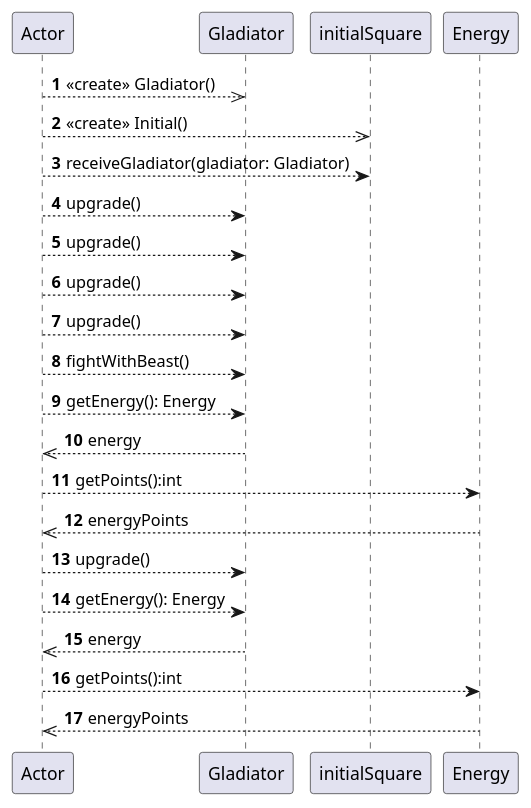
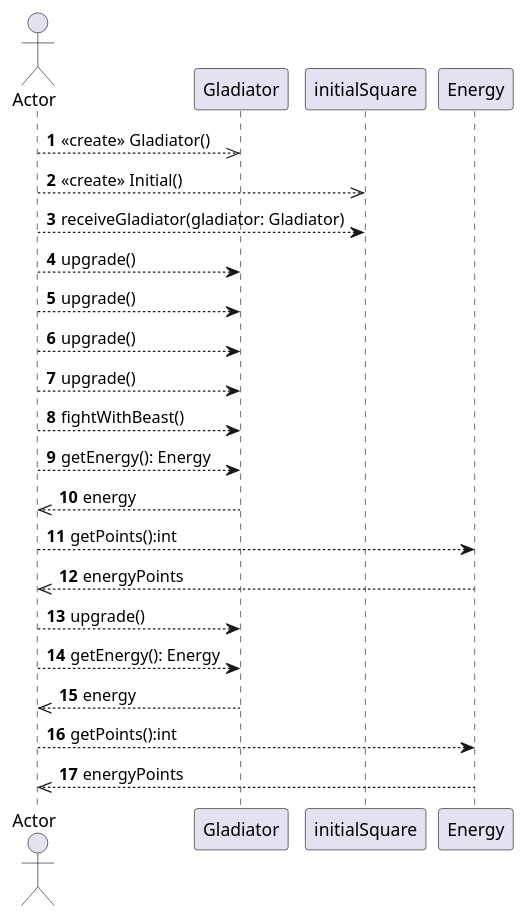
Before and after one commit to PabloGCH/tp2-algo3: the diagram in diagrams/sequences/UseCase11.puml, drawn with PlantUML. The commit also changed 2 other files, not shown here.

Commit message:
Add Actor to sequence diagrams UseCase 04, 06, 11

```diff
--- a/diagrams/sequences/UseCase11.puml
+++ b/diagrams/sequences/UseCase11.puml
@@ -1,20 +1,21 @@
 @startuml
 autonumber
+actor Actor
 Actor -->> Gladiator: <<create>> Gladiator()
 Actor -->> initialSquare: <<create>> Initial()
 Actor --> initialSquare: receiveGladiator(gladiator: Gladiator)
 Actor --> Gladiator: upgrade()
 Actor --> Gladiator: upgrade()
 Actor --> Gladiator: upgrade()
 Actor --> Gladiator: upgrade()
 Actor --> Gladiator: fightWithBeast()
 Actor --> Gladiator: getEnergy(): Energy
 Gladiator -->> Actor: energy
 Actor --> Energy: getPoints():int
 Energy -->> Actor: energyPoints
 Actor --> Gladiator: upgrade()
 Actor --> Gladiator: getEnergy(): Energy
 Gladiator -->> Actor: energy
 Actor --> Energy: getPoints():int
 Energy -->> Actor: energyPoints
 @enduml
```
